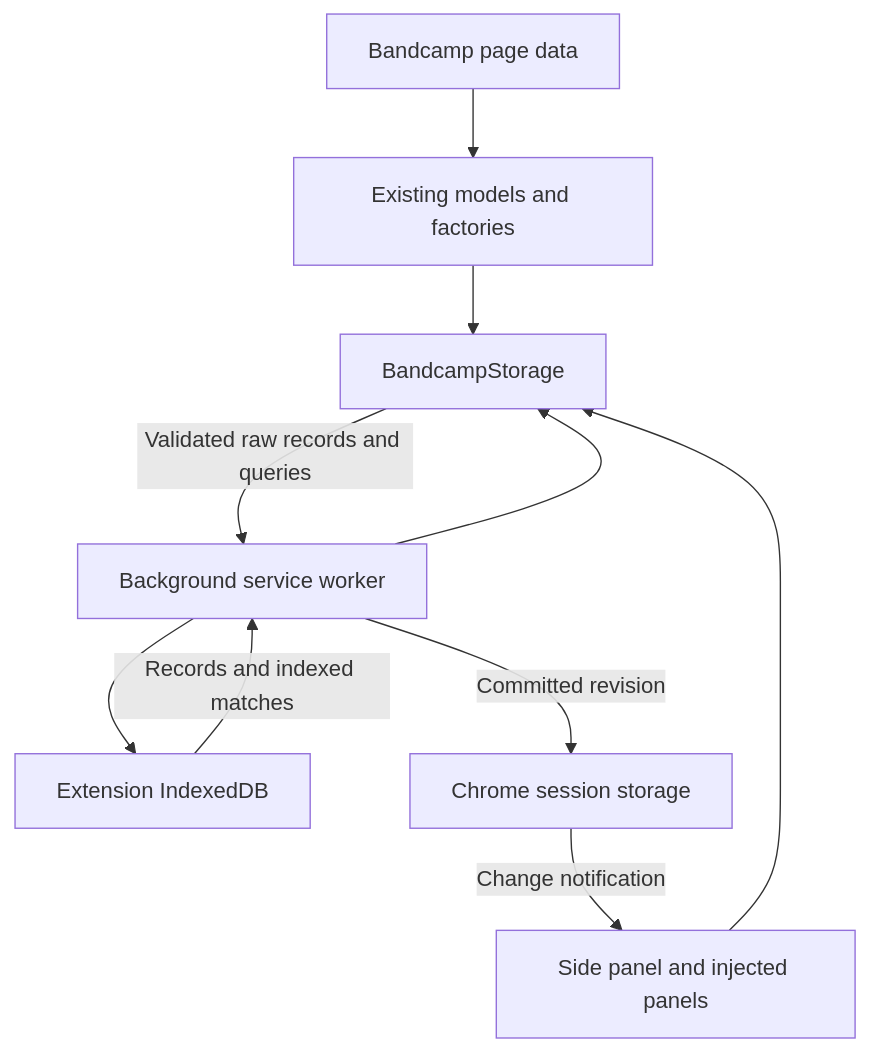
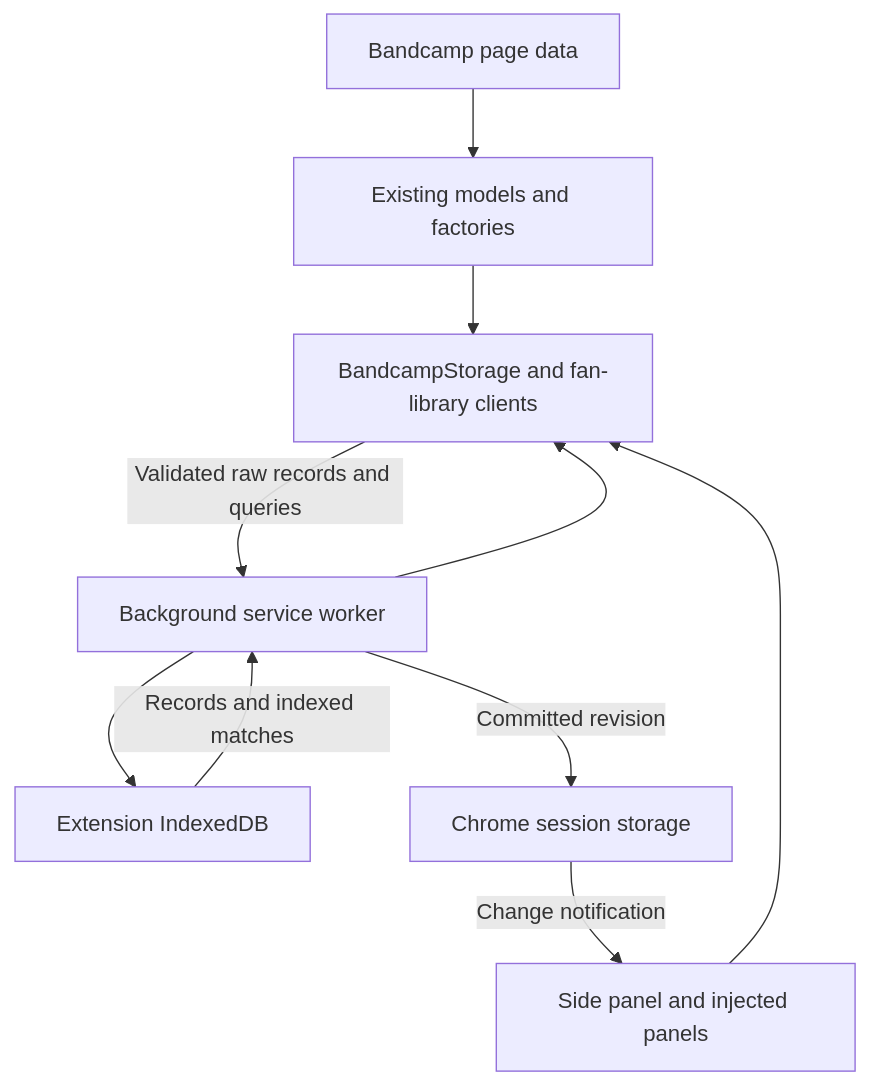
One commit to Serhii-DV/bcx changed the diagram in docs/architecture/music-data-storage.md. Above: the diagram before and after it, drawn with Mermaid. The commit also changed other lines of this file and 26 other files, not shown here.

````diff
--- a/docs/architecture/music-data-storage.md
+++ b/docs/architecture/music-data-storage.md
@@ -34,12 +39,12 @@
 ```mermaid
 flowchart TB
     page[Bandcamp page data] --> models[Existing models and factories]
-    models --> client[BandcampStorage]
+    models --> client[BandcampStorage and fan-library clients]
     panel[Side panel and injected panels] --> client
     client -->|Validated raw records and queries| worker[Background service worker]
     worker --> database[Extension IndexedDB]
     database -->|Records and indexed matches| worker
     worker --> client
     worker -->|Committed revision| session[Chrome session storage]
     session -->|Change notification| panel
 ```
````
